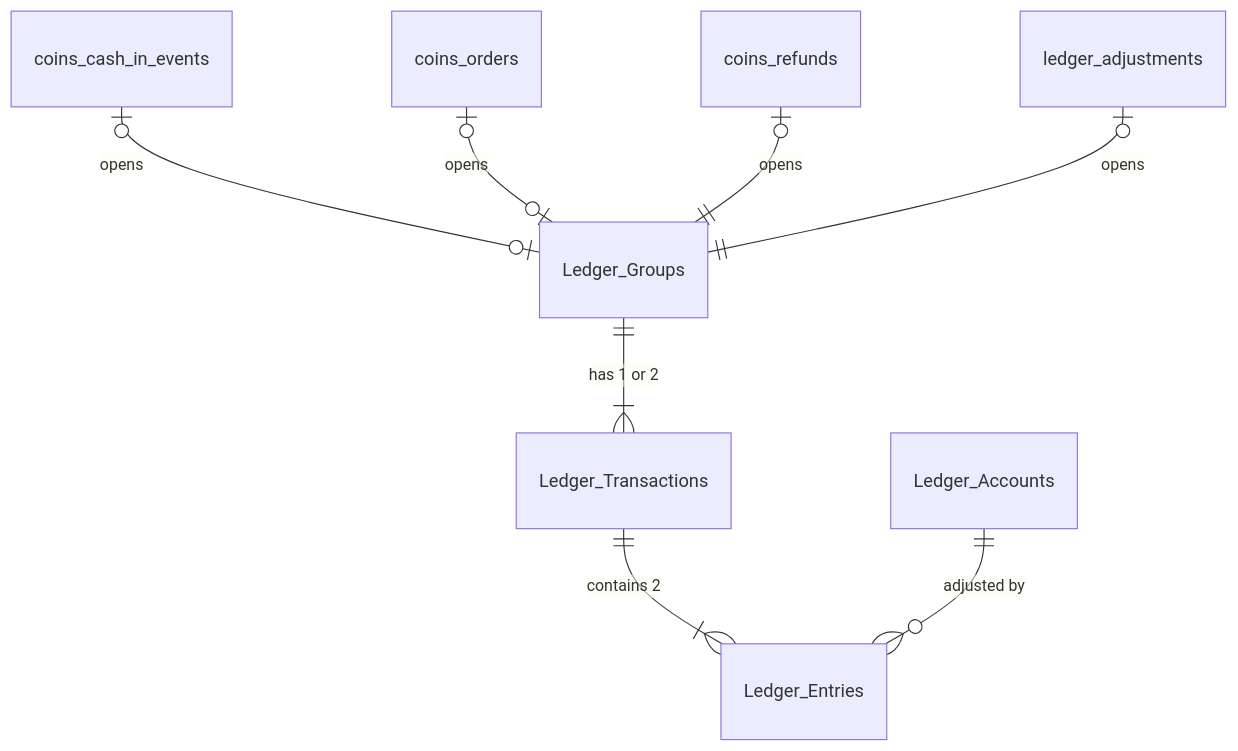
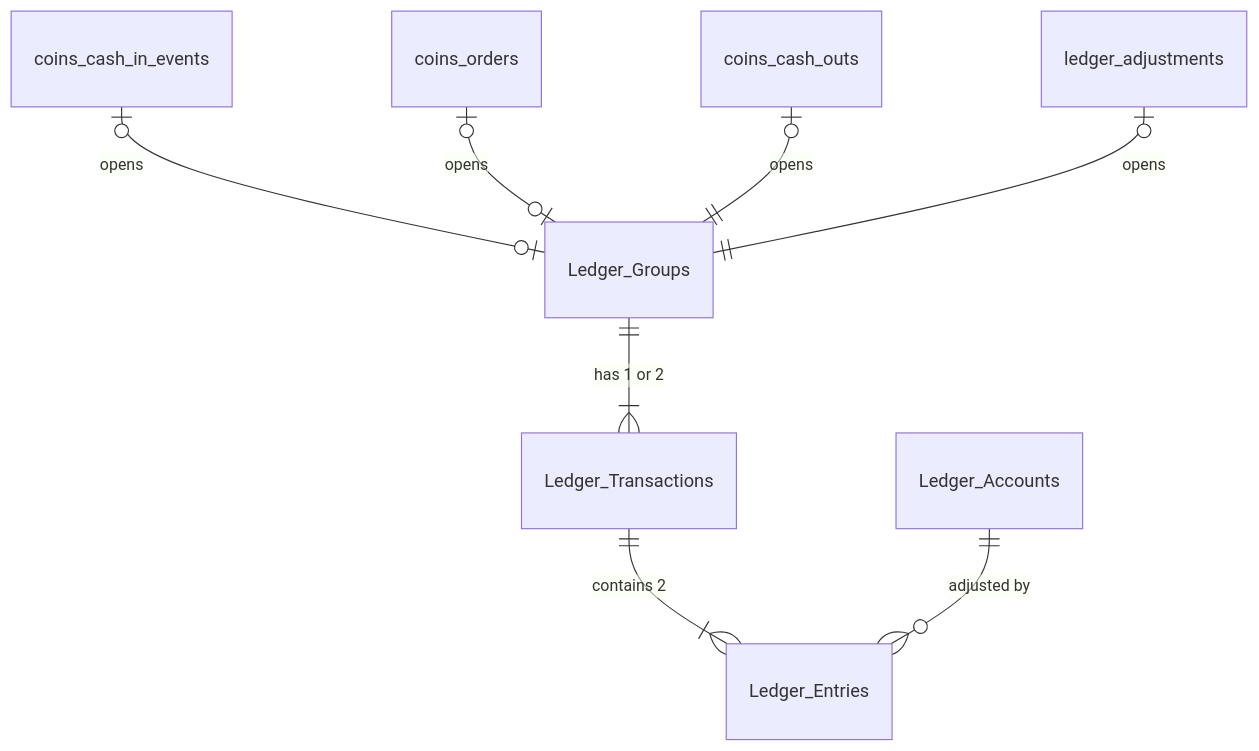
Before and after one commit to STAbraham/stablecoin-project: the second of 3 diagrams in tracks/c-usdc-vasp-privy/research/php-ledger-design.md, drawn with Mermaid. The commit also changed other lines of this file and 10 other files, not shown here.

Commit message:
Ledger: refund_out unified into cash_out (one PHP-out type over fiat/v1/cash-out; cash_out_type = refund_to_source / user_withdrawal carries the policy rules) — Steve 10/02

````diff
--- a/tracks/c-usdc-vasp-privy/research/php-ledger-design.md
+++ b/tracks/c-usdc-vasp-privy/research/php-ledger-design.md
@@ -49,10 +49,10 @@
 ```mermaid
 erDiagram
   coins_cash_in_events |o--o| Ledger_Groups : opens
   coins_orders |o--o| Ledger_Groups : opens
-  coins_refunds |o--|| Ledger_Groups : opens
+  coins_cash_outs |o--|| Ledger_Groups : opens
   ledger_adjustments |o--|| Ledger_Groups : opens
   Ledger_Groups ||--|{ Ledger_Transactions : "has 1 or 2"
   Ledger_Transactions ||--|{ Ledger_Entries : "contains 2"
   Ledger_Accounts ||--o{ Ledger_Entries : "adjusted by"
 ```
````
